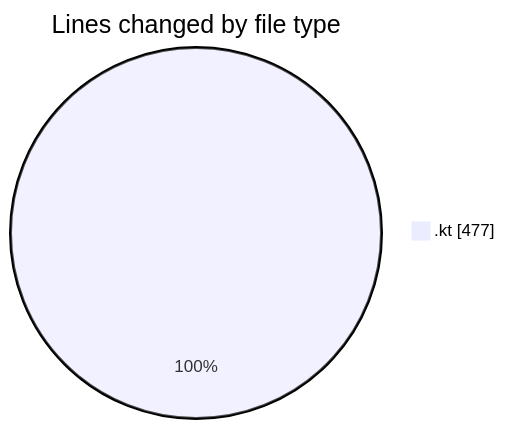
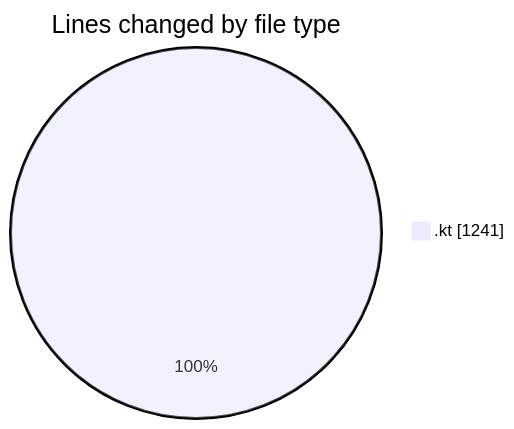
Before and after one commit to Unknowalive/code-tracking: the first of 2 diagrams in 2026-04-08/t2s/README.md, drawn with Mermaid. The commit also changed other lines of this file and 1 other file, not shown here.

````diff
--- a/2026-04-08/t2s/README.md
+++ b/2026-04-08/t2s/README.md
@@ -20,5 +23,5 @@
 ```mermaid
 pie showData
 title Lines changed by file type
-".kt" : 477
+".kt" : 1241
 ```
````
